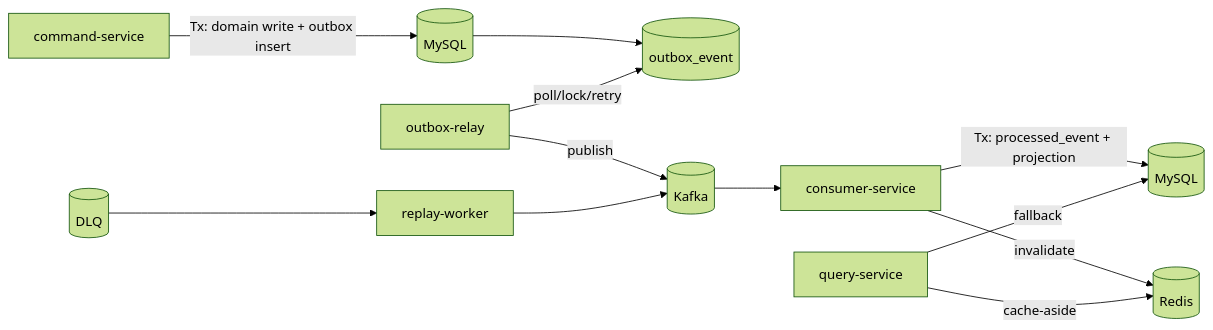
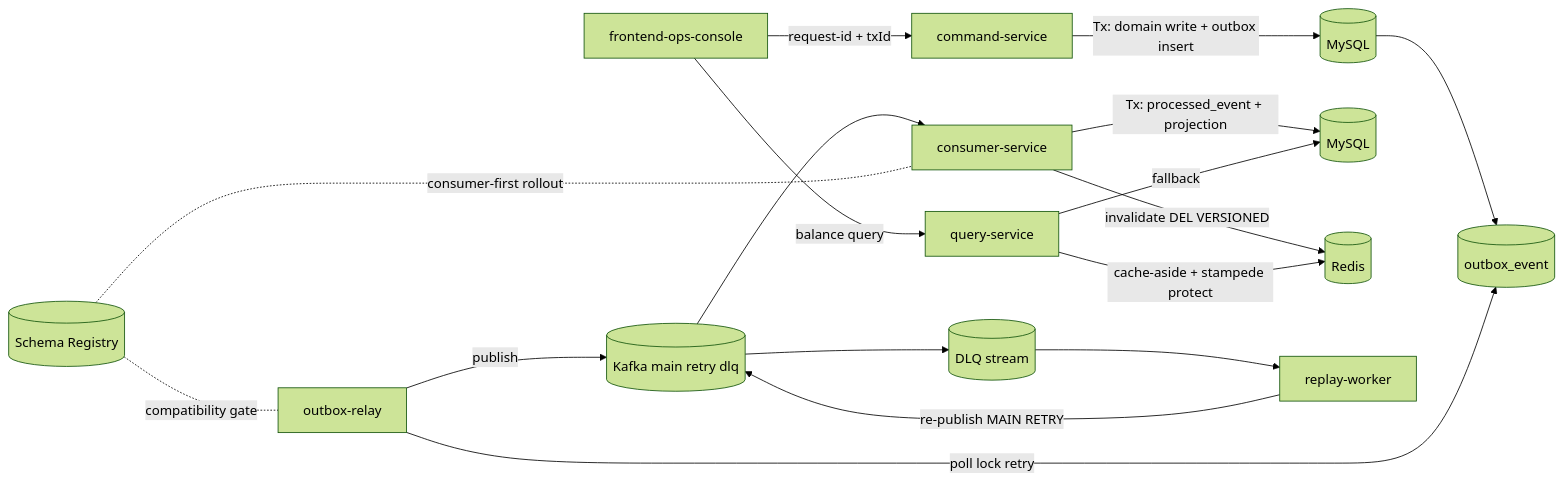
One commit to devOceanblue/distributed-systems-reliability-lab changed the diagram in ARCHITECTURE.md. Above: the diagram before and after it, drawn with Mermaid (forest theme). The commit also changed other lines of this file and 3 other files, not shown here.

````diff
--- a/ARCHITECTURE.md
+++ b/ARCHITECTURE.md
@@ -13,14 +13,19 @@
 ```mermaid
 flowchart LR
-  CS[command-service] -->|Tx: domain write + outbox insert| DB[(MySQL)]
+  FE[frontend-ops-console] -->|request-id + txId| CS[command-service]
+  FE -->|balance query| QS[query-service]
+  CS -->|Tx: domain write + outbox insert| DB[(MySQL)]
   DB --> OUT[(outbox_event)]
-  REL[outbox-relay] -->|poll/lock/retry| OUT
-  REL -->|publish| K[(Kafka)]
+  REL[outbox-relay] -->|poll lock retry| OUT
+  REL -->|publish| K[(Kafka main retry dlq)]
   K --> CON[consumer-service]
   CON -->|Tx: processed_event + projection| DB2[(MySQL)]
-  CON -->|invalidate| R[(Redis)]
-  QS[query-service] -->|cache-aside| R
+  CON -->|invalidate DEL VERSIONED| R[(Redis)]
+  QS -->|cache-aside + stampede protect| R
   QS -->|fallback| DB2
-  DLQ[(DLQ)] --> RP[replay-worker]
-  RP --> K
+  K --> DLQ[(DLQ stream)]
+  DLQ --> RP[replay-worker]
+  RP -->|re-publish MAIN RETRY| K
+  SR[(Schema Registry)] -.compatibility gate.- REL
+  SR -.consumer-first rollout.- CON
 ```
````
